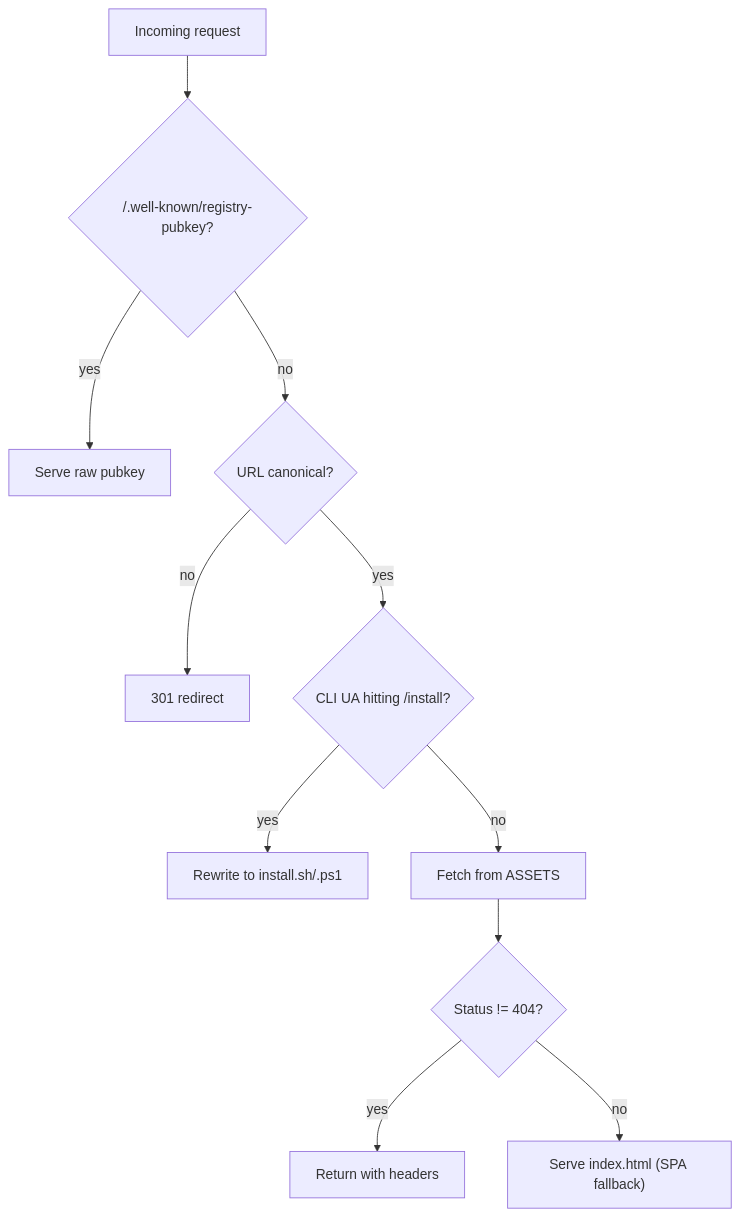
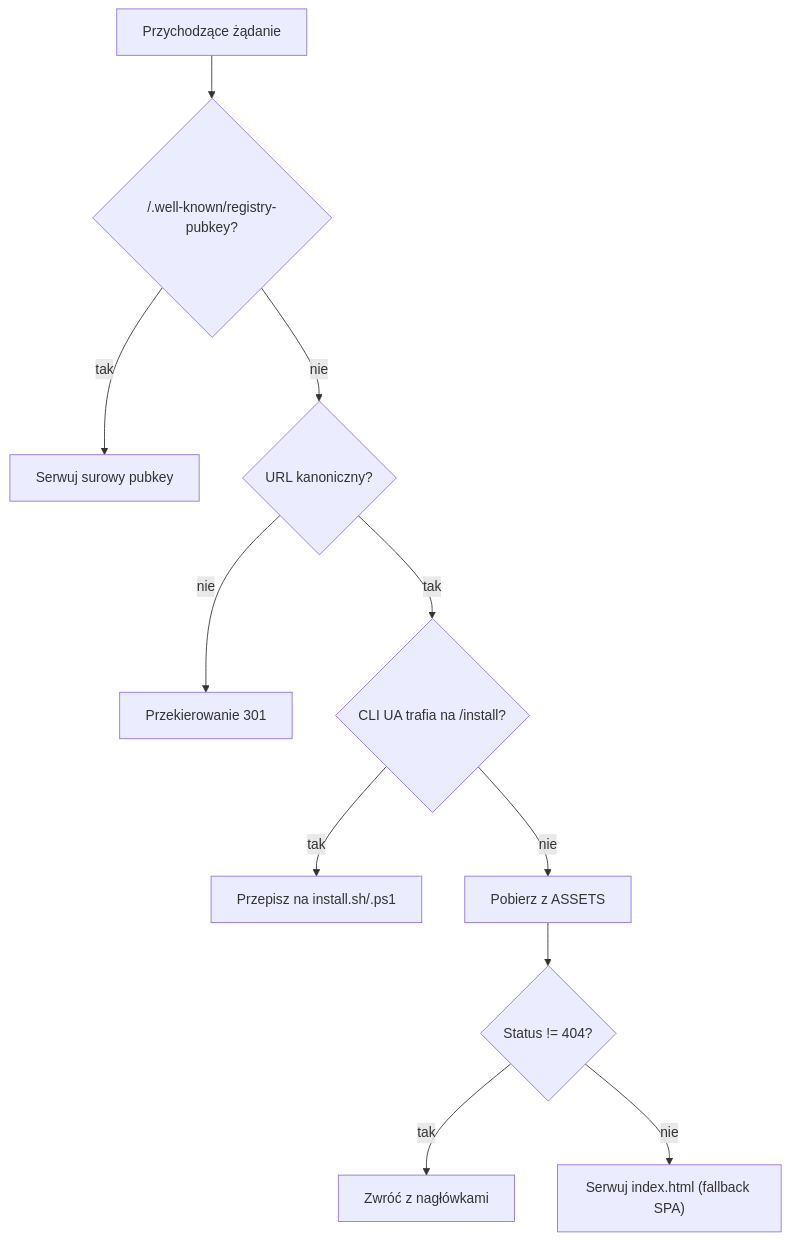
Before and after one commit to leszek3737/librefang-WIki: the diagram in web-public.md, drawn with Mermaid. The commit also changed other lines of this file and 104 other files, not shown here.

````diff
--- a/web-public.md
+++ b/web-public.md
@@ -30,13 +30,13 @@
 ```mermaid
 flowchart TD
-    A["Incoming request"] --> B{"/.well-known/registry-pubkey?"}
-    B -- yes --> RPK["Serve raw pubkey"]
-    B -- no --> C{"URL canonical?"}
-    C -- no --> CAN["301 redirect"]
-    C -- yes --> D{"CLI UA hitting /install?"}
-    D -- yes --> INS["Rewrite to install.sh/.ps1"]
-    D -- no --> E["Fetch from ASSETS"]
+    A["Przychodzące żądanie"] --> B{"/.well-known/registry-pubkey?"}
+    B -- tak --> RPK["Serwuj surowy pubkey"]
+    B -- nie --> C{"URL kanoniczny?"}
+    C -- nie --> CAN["Przekierowanie 301"]
+    C -- tak --> D{"CLI UA trafia na /install?"}
+    D -- tak --> INS["Przepisz na install.sh/.ps1"]
+    D -- nie --> E["Pobierz z ASSETS"]
     E --> F{"Status != 404?"}
-    F -- yes --> ASSET["Return with headers"]
-    F -- no --> SPA["Serve index.html (SPA fallback)"]
+    F -- tak --> ASSET["Zwróć z nagłówkami"]
+    F -- nie --> SPA["Serwuj index.html (fallback SPA)"]
 ```
````
